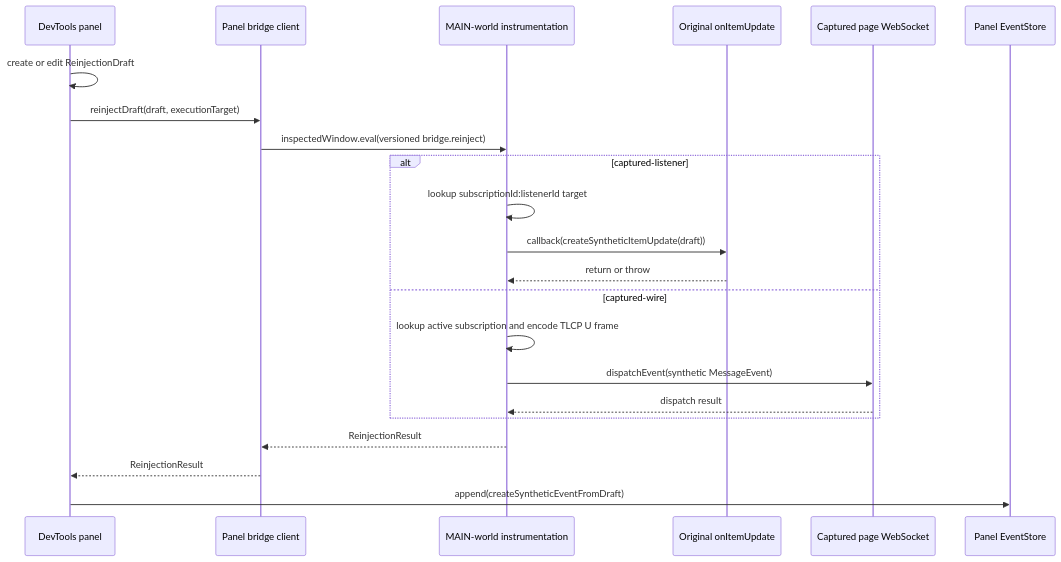
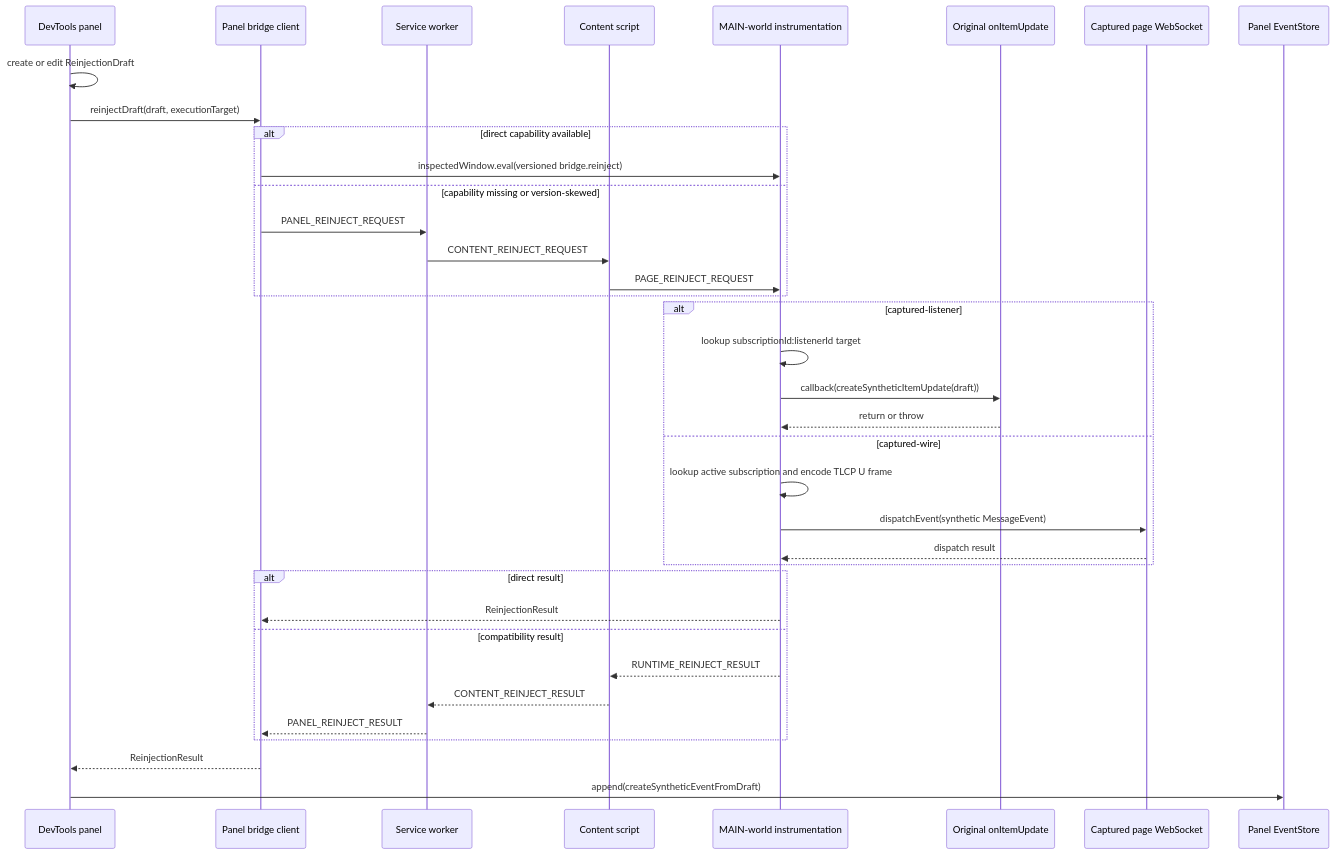
Before and after one commit to imom39a/lightstreamer-workbench-extension: the seventh of 7 diagrams in docs/ARCHITECTURE.md, drawn with Mermaid. The commit also changed other lines of this file and 5 other files, not shown here.

````diff
--- a/docs/ARCHITECTURE.md
+++ b/docs/ARCHITECTURE.md
@@ -650,25 +650,39 @@
 ```mermaid
 sequenceDiagram
   participant UI as DevTools panel
   participant PBC as Panel bridge client
+  participant BG as Service worker
+  participant CS as Content script
   participant Inj as MAIN-world instrumentation
   participant Listener as Original onItemUpdate
   participant WS as Captured page WebSocket
   participant Store as Panel EventStore
 
   UI->>UI: create or edit ReinjectionDraft
   UI->>PBC: reinjectDraft(draft, executionTarget)
-  PBC->>Inj: inspectedWindow.eval(versioned bridge.reinject)
+  alt direct capability available
+    PBC->>Inj: inspectedWindow.eval(versioned bridge.reinject)
+  else capability missing or version-skewed
+    PBC->>BG: PANEL_REINJECT_REQUEST
+    BG->>CS: CONTENT_REINJECT_REQUEST
+    CS->>Inj: PAGE_REINJECT_REQUEST
+  end
   alt captured-listener
     Inj->>Inj: lookup subscriptionId:listenerId target
     Inj->>Listener: callback(createSyntheticItemUpdate(draft))
     Listener-->>Inj: return or throw
   else captured-wire
     Inj->>Inj: lookup active subscription and encode TLCP U frame
     Inj->>WS: dispatchEvent(synthetic MessageEvent)
     WS-->>Inj: dispatch result
   end
-  Inj-->>PBC: ReinjectionResult
+  alt direct result
+    Inj-->>PBC: ReinjectionResult
+  else compatibility result
+    Inj-->>CS: RUNTIME_REINJECT_RESULT
+    CS-->>BG: CONTENT_REINJECT_RESULT
+    BG-->>PBC: PANEL_REINJECT_RESULT
+  end
   PBC-->>UI: ReinjectionResult
   UI->>Store: append(createSyntheticEventFromDraft)
 ```
````
